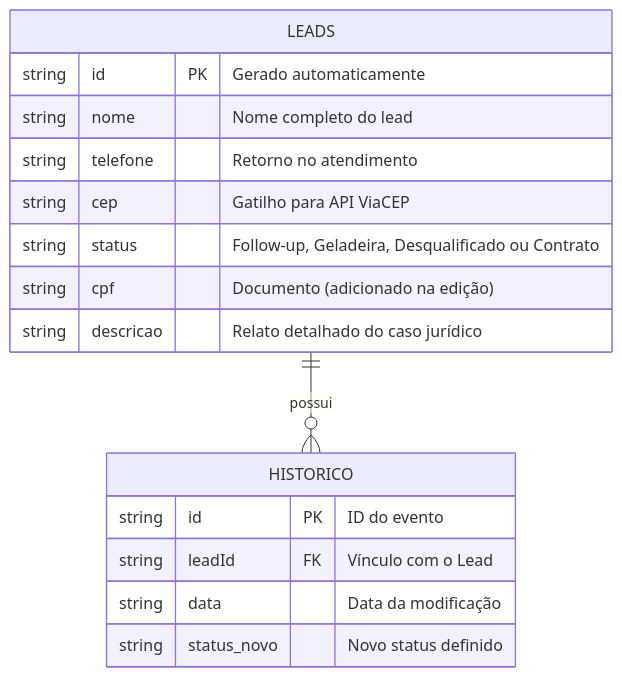
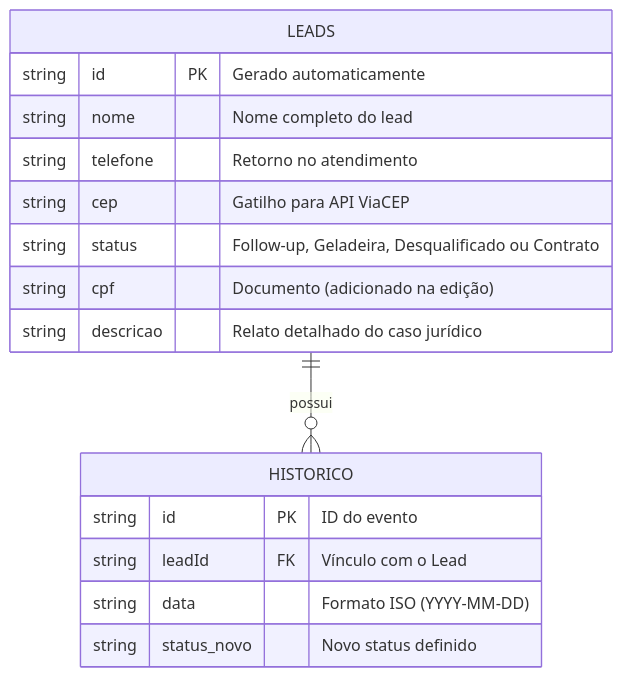
Before and after one commit to aalicemoreira/Lex-flow: the diagram in docs/spec.md, drawn with Mermaid.

Commit message:
mensagem

````diff
--- a/docs/spec.md
+++ b/docs/spec.md
@@ -8,19 +8,19 @@
 ```mermaid
 erDiagram
     LEADS ||--o{ HISTORICO : "possui"
     LEADS {
         string id PK "Gerado automaticamente"
         string nome "Nome completo do lead"
         string telefone "Retorno no atendimento"
         string cep "Gatilho para API ViaCEP"
         string status "Follow-up, Geladeira, Desqualificado ou Contrato"
         string cpf "Documento (adicionado na edição)"
         string descricao "Relato detalhado do caso jurídico"
     }
     HISTORICO {
         string id PK "ID do evento"
         string leadId FK "Vínculo com o Lead"
-        string data "Data da modificação"
+        string data "Formato ISO (YYYY-MM-DD)"
         string status_novo "Novo status definido"
     }
 ```
````
